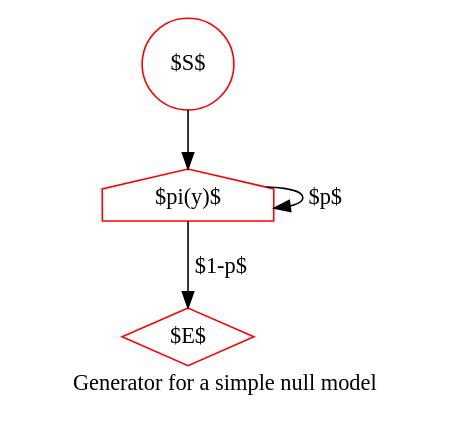
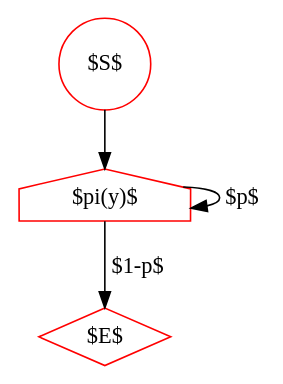
The diagram in null-model.dot (ihh/transducer-tutorial), drawn with Graphviz before and after one commit. The commit also changed 35 other files, not shown here.

Commit message:
Moving to automatic generation of state diagrams

```diff
--- a/null-model.dot
+++ b/null-model.dot
@@ -1,12 +1,12 @@
 digraph G {
     S [label="$S$", shape=circle, color=red];
     E [label="$E$", shape=diamond, color=red];
 
     I [label="$\pi(y)$", shape=house, color=red];
 
 S->I;
 I->I [label="$p$"];
 I->E [label="$1-p$"];
 
-    label="Generator for a simple null model";
+
 }
```
